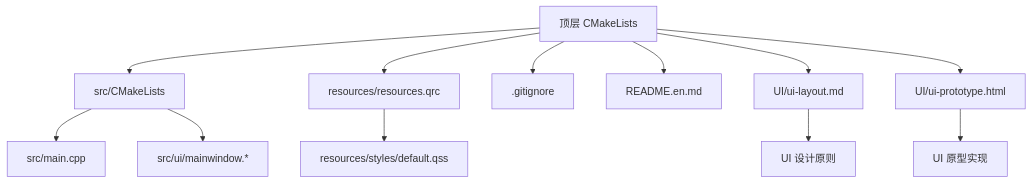
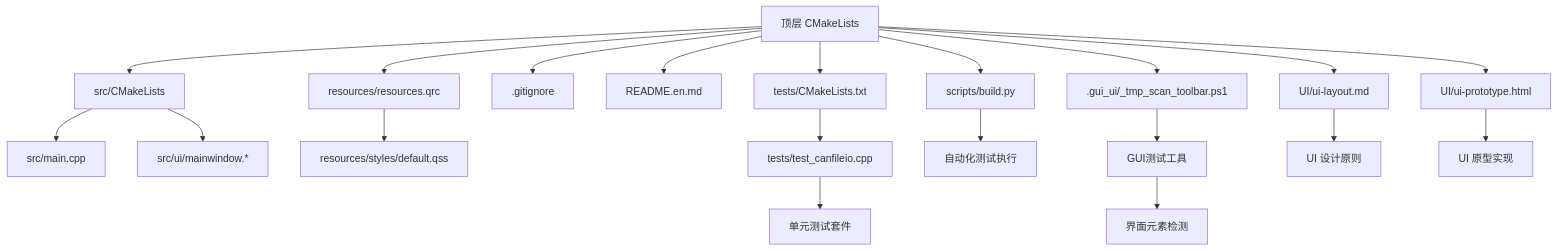
Before and after one commit to jakecai1225-design/OpenBus: the first of 4 diagrams in .qoder/repowiki/zh/content/开发指南/开发指南.md, drawn with Mermaid. The commit also changed other lines of this file and 177 other files, not shown here.

````diff
--- a/.qoder/repowiki/zh/content/开发指南/开发指南.md
+++ b/.qoder/repowiki/zh/content/开发指南/开发指南.md
@@ -51,14 +60,22 @@
 ```mermaid
 graph TB
 A["顶层 CMakeLists"] --> B["src/CMakeLists"]
 B --> C["src/main.cpp"]
 B --> D["src/ui/mainwindow.*"]
 A --> E["resources/resources.qrc"]
 E --> F["resources/styles/default.qss"]
 A --> G[".gitignore"]
 A --> H["README.en.md"]
 A --> I["UI/ui-layout.md"]
 A --> J["UI/ui-prototype.html"]
-I --> K["UI 设计原则"]
-J --> L["UI 原型实现"]
+A --> K["tests/CMakeLists.txt"]
+K --> L["tests/test_canfileio.cpp"]
+A --> M["scripts/build.py"]
+M --> N["自动化测试执行"]
+A --> O[".gui_ui/_tmp_scan_toolbar.ps1"]
+O --> P["GUI测试工具"]
+I --> Q["UI 设计原则"]
+J --> R["UI 原型实现"]
+L --> S["单元测试套件"]
+P --> T["界面元素检测"]
 ```
````
